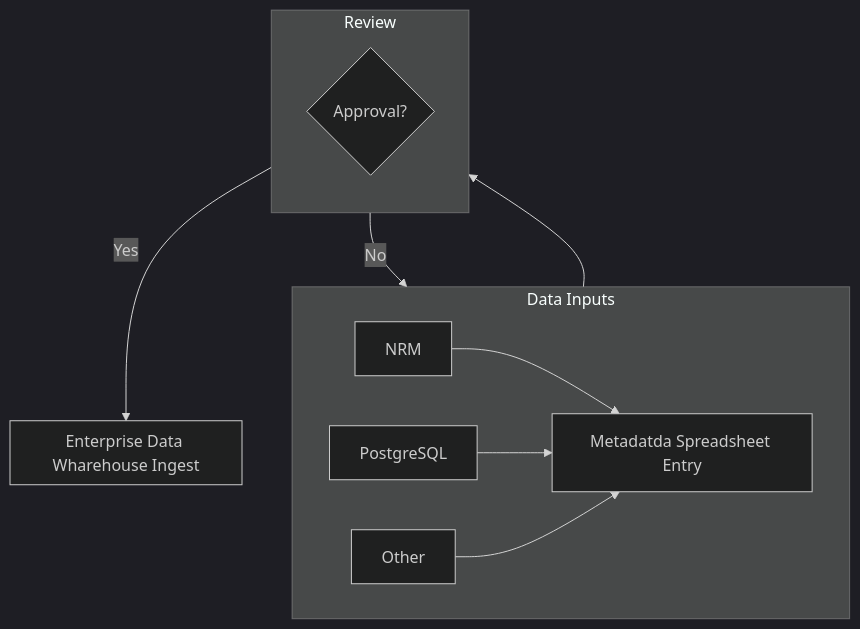
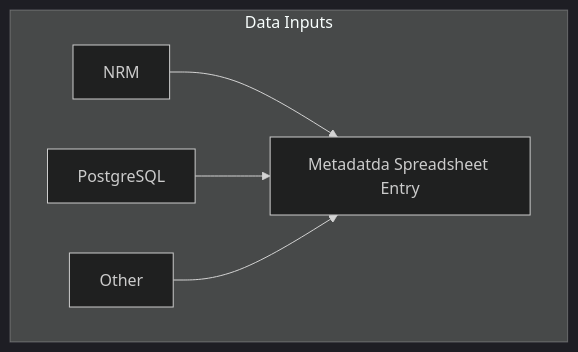
The diagram in docs/metadata-architecture.md (forestbytes/catalog), drawn with Mermaid (dark theme) before and after one commit. The commit also changed 1 other file, not shown here.

Commit message:
Basic architecture

````diff
--- a/docs/metadata-architecture.md
+++ b/docs/metadata-architecture.md
@@ -1,28 +1,16 @@
 ```mermaid
 
 flowchart TB
   subgraph DataInputs[Data Inputs]
       direction LR
       NRM
       PostgreSQL
       Other
       MetadataSpreadsheetEntry[Metadatda Spreadsheet Entry]
   end
 
   NRM --> MetadataSpreadsheetEntry
   PostgreSQL --> MetadataSpreadsheetEntry
   Other --> MetadataSpreadsheetEntry
-
-  subgraph Review
-    direction TB
-    A@{ shape: diamond, label: "Approval?" }      
-  end
-
-  subgraph EDW[Enterprise Data Wharehouse Ingest]
-  end
-
-  MetadataSpreadsheetEntry --> A
-  A --> |Yes| EDW
-  A --> |No| DataInputs
   
 ```
````
